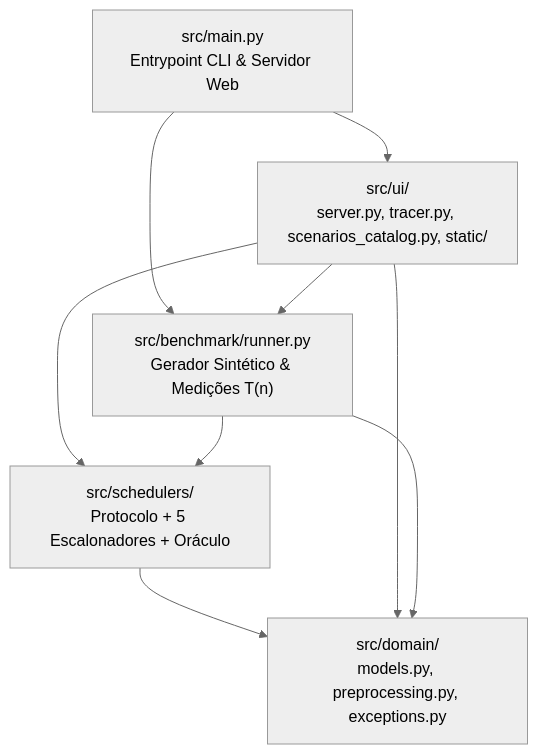
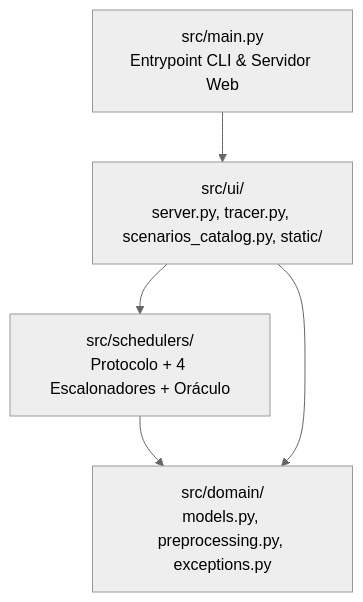
One commit to allysson-assuncao/escalonamento-intervalos-paa changed the first of 2 diagrams in docs/guia-revisao-arquitetura-e-apresentacao.md. Above: the diagram before and after it, drawn with Mermaid (neutral theme). The commit also changed other lines of this file and 13 other files, not shown here.

````diff
--- a/docs/guia-revisao-arquitetura-e-apresentacao.md
+++ b/docs/guia-revisao-arquitetura-e-apresentacao.md
@@ -21,11 +21,7 @@
 ```mermaid
 flowchart TD
     Main["src/main.py<br/>Entrypoint CLI & Servidor Web"] --> UI["src/ui/<br/>server.py, tracer.py, scenarios_catalog.py, static/"]
-    Main --> Bench["src/benchmark/runner.py<br/>Gerador Sintético & Medições T(n)"]
-    UI --> Bench
-    UI --> Sched["src/schedulers/<br/>Protocolo + 5 Escalonadores + Oráculo"]
-    Bench --> Sched
+    UI --> Sched["src/schedulers/<br/>Protocolo + 4 Escalonadores + Oráculo"]
     Sched --> Dom["src/domain/<br/>models.py, preprocessing.py, exceptions.py"]
     UI --> Dom
-    Bench --> Dom
 ```
````
